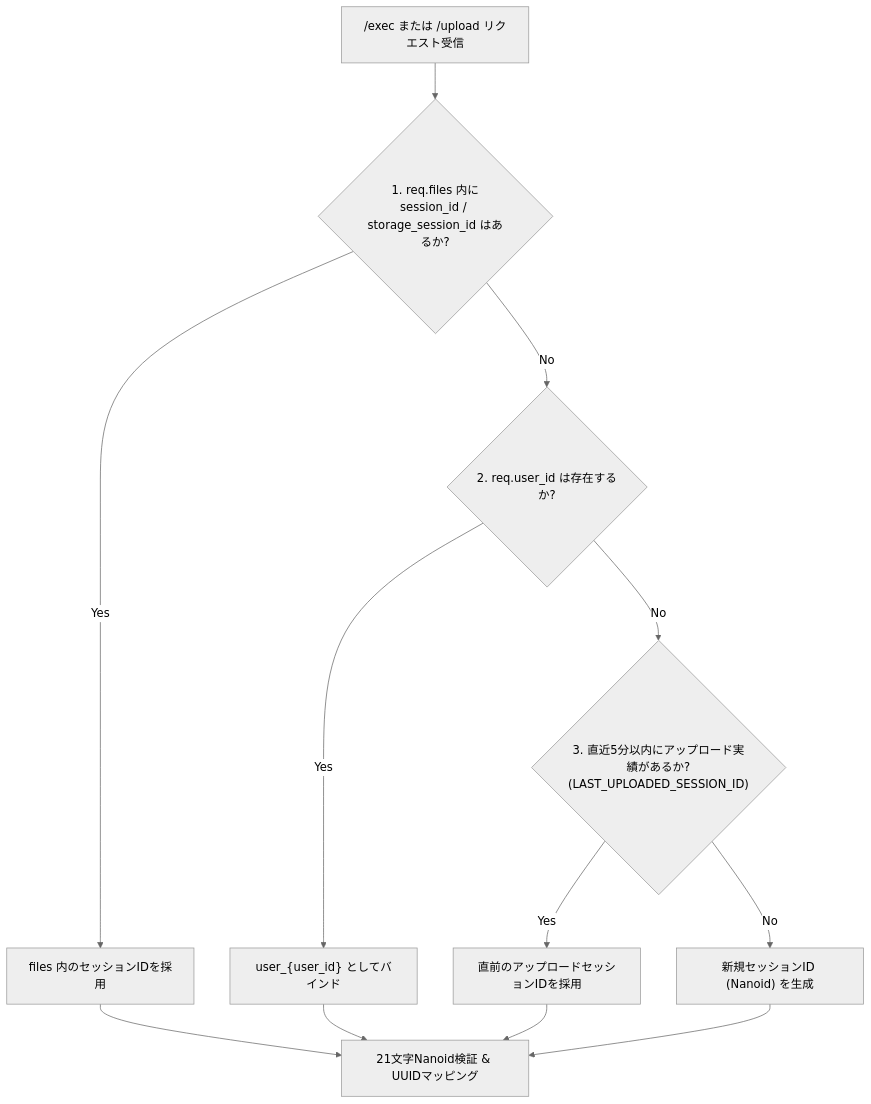
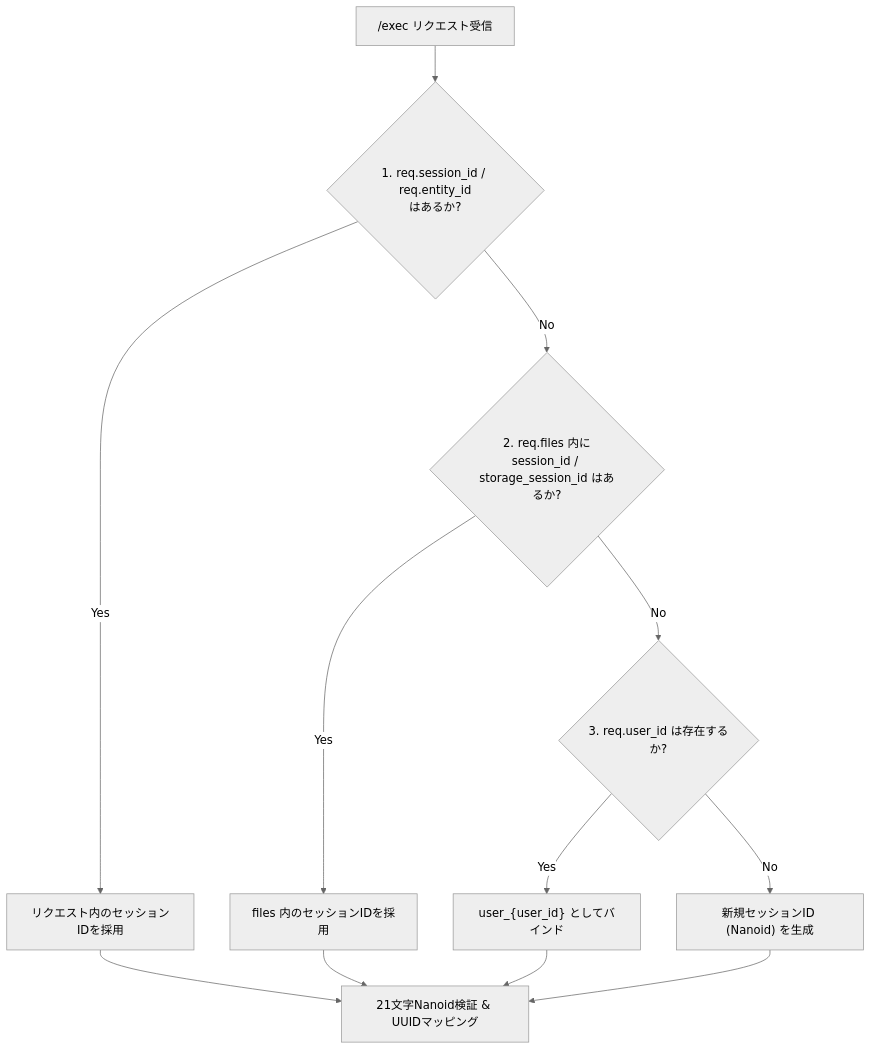
One commit to chottokun/LibreChat_with_local_CI changed the first of 2 diagrams in docs/domain/session-resolution.md. Above: the diagram before and after it, drawn with Mermaid (neutral theme). The commit also changed other lines of this file and 4 other files, not shown here.

First line of the commit message:
fix: execエンドポイントのグローバルLAST_UPLOADED_SESSION_IDフォールバックを除去

````diff
--- a/docs/domain/session-resolution.md
+++ b/docs/domain/session-resolution.md
@@ -26,15 +26,15 @@
 ```mermaid
 graph TD
-    Req["/exec または /upload リクエスト受信"] --> Step1{"1. req.files 内に<br>session_id / storage_session_id はあるか?"}
+    Req["/exec リクエスト受信"] --> Step0{"1. req.session_id / req.entity_id<br>はあるか?"}
+    Step0 -- Yes --> UseReq["リクエスト内のセッションIDを採用"]
+    Step0 -- No --> Step1{"2. req.files 内に<br>session_id / storage_session_id はあるか?"}
     Step1 -- Yes --> UseFiles["files 内のセッションIDを採用"]
-    Step1 -- No --> Step2{"2. req.user_id は存在するか?"}
+    Step1 -- No --> Step2{"3. req.user_id は存在するか?"}
     Step2 -- Yes --> UseUser["user_{user_id} としてバインド"]
-    Step2 -- No --> Step3{"3. 直近5分以内にアップロード実績があるか?<br>(LAST_UPLOADED_SESSION_ID)"}
-    Step3 -- Yes --> UseUpload["直前のアップロードセッションIDを採用"]
-    Step3 -- No --> GenNew["新規セッションID (Nanoid) を生成"]
+    Step2 -- No --> GenNew["新規セッションID (Nanoid) を生成"]
 
-    UseFiles --> Resolve["21文字Nanoid検証 & UUIDマッピング"]
+    UseReq --> Resolve["21文字Nanoid検証 & UUIDマッピング"]
+    UseFiles --> Resolve
     UseUser --> Resolve
-    UseUpload --> Resolve
     GenNew --> Resolve
 ```
````
